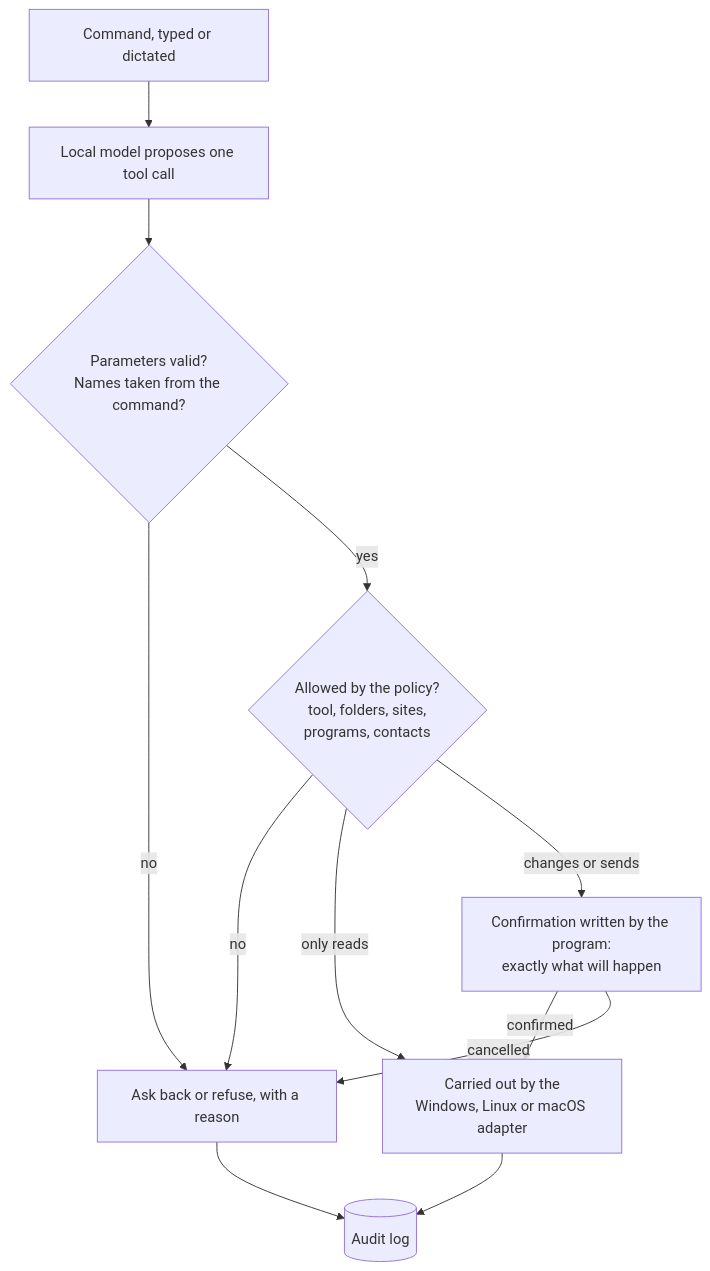
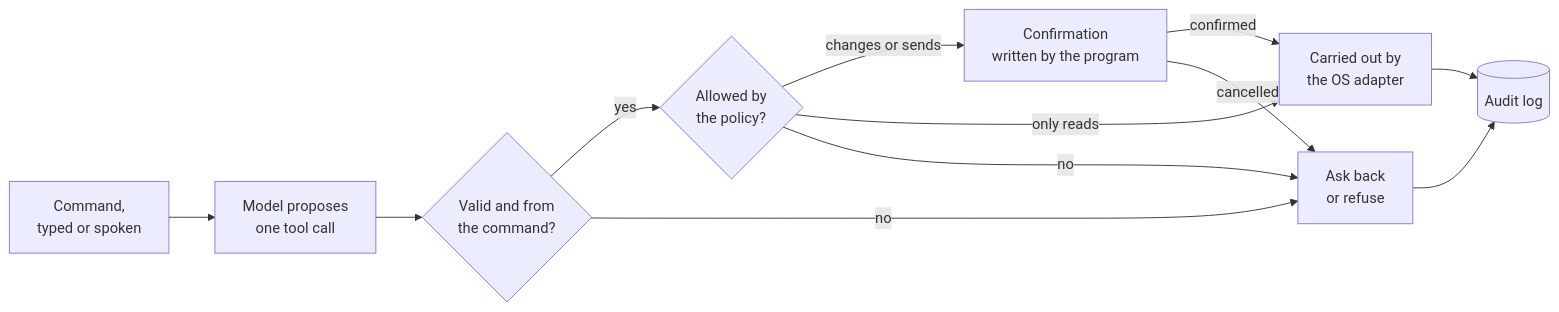
Before and after one commit to HeinzDanner/ki-werkstatt: the diagram in pc-agent/README.md, drawn with Mermaid. The commit also changed 1 other file, not shown here.

Commit message:
Make both diagrams compact: left to right, shorter labels

````diff
--- a/pc-agent/README.md
+++ b/pc-agent/README.md
@@ -37,14 +37,14 @@
 ```mermaid
-flowchart TD
-    CMD["Command, typed or dictated"] --> LLM["Local model proposes one tool call"]
-    LLM --> V{"Parameters valid?<br/>Names taken from the command?"}
-    V -->|no| BACK["Ask back or refuse, with a reason"]
-    V -->|yes| POL{"Allowed by the policy?<br/>tool, folders, sites,<br/>programs, contacts"}
+flowchart LR
+    CMD["Command,<br/>typed or spoken"] --> LLM["Model proposes<br/>one tool call"]
+    LLM --> V{"Valid and from<br/>the command?"}
+    V -->|yes| POL{"Allowed by<br/>the policy?"}
+    POL -->|changes or sends| CONF["Confirmation<br/>written by the program"]
+    POL -->|only reads| RUN["Carried out by<br/>the OS adapter"]
+    CONF -->|confirmed| RUN
+    V -->|no| BACK["Ask back<br/>or refuse"]
     POL -->|no| BACK
-    POL -->|only reads| RUN["Carried out by the<br/>Windows, Linux or macOS adapter"]
-    POL -->|changes or sends| CONF["Confirmation written by the program:<br/>exactly what will happen"]
-    CONF -->|confirmed| RUN
     CONF -->|cancelled| BACK
     RUN --> LOG[("Audit log")]
     BACK --> LOG
 ```
````
